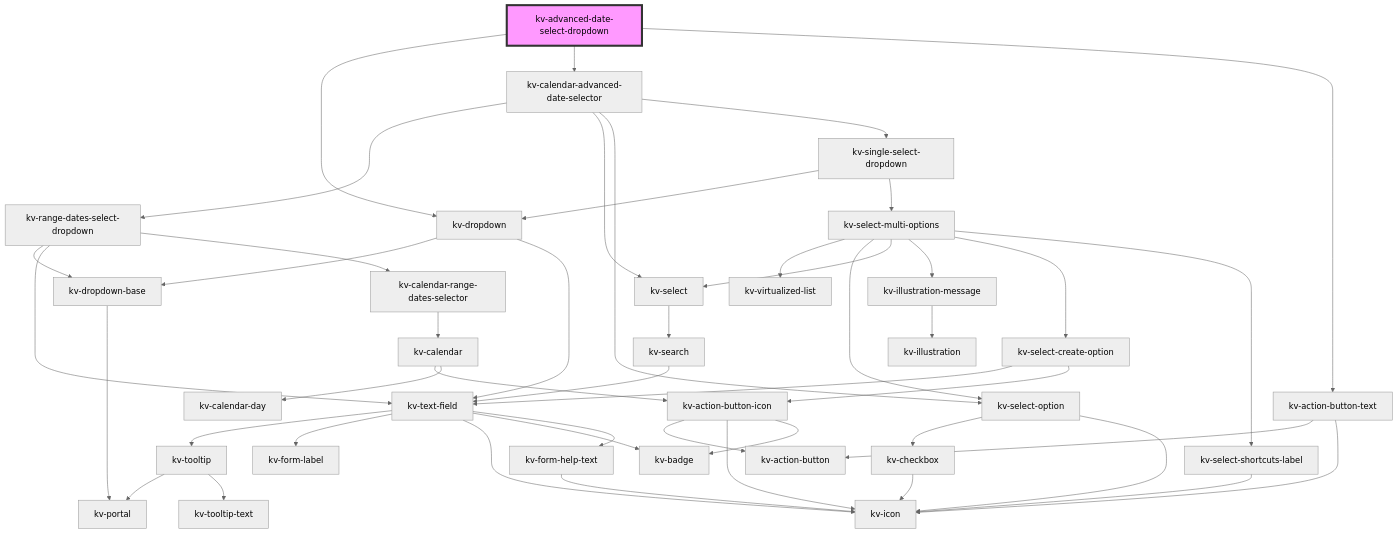
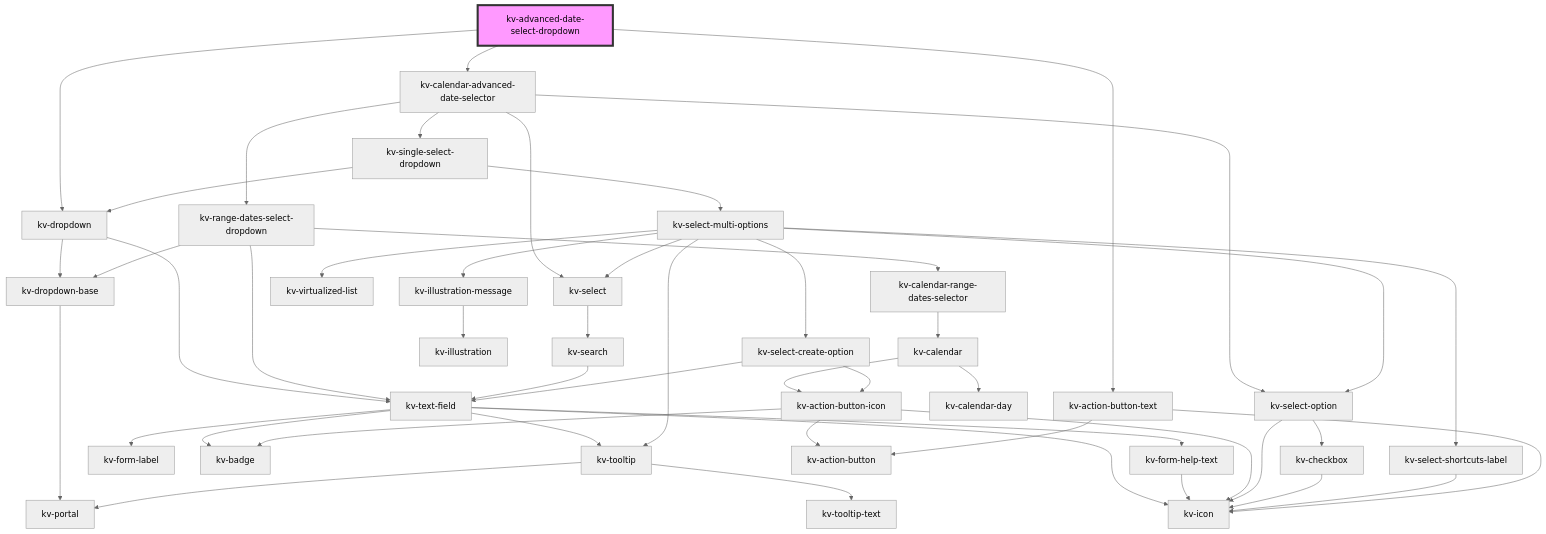
The diagram in packages/ui-components/src/components/advanced-date-select-dropdown/readme.md (kelvininc/ui-components), drawn with Mermaid (neutral theme) before and after one commit. The commit also changed 10 other files, not shown here.

````diff
--- a/packages/ui-components/src/components/advanced-date-select-dropdown/readme.md
+++ b/packages/ui-components/src/components/advanced-date-select-dropdown/readme.md
@@ -116,50 +116,51 @@
 ```mermaid
 graph TD;
   kv-advanced-date-select-dropdown --> kv-dropdown
   kv-advanced-date-select-dropdown --> kv-calendar-advanced-date-selector
   kv-advanced-date-select-dropdown --> kv-action-button-text
   kv-dropdown --> kv-dropdown-base
   kv-dropdown --> kv-text-field
   kv-dropdown-base --> kv-portal
   kv-text-field --> kv-tooltip
   kv-text-field --> kv-form-label
   kv-text-field --> kv-icon
   kv-text-field --> kv-badge
   kv-text-field --> kv-form-help-text
   kv-tooltip --> kv-portal
   kv-tooltip --> kv-tooltip-text
   kv-form-help-text --> kv-icon
   kv-calendar-advanced-date-selector --> kv-range-dates-select-dropdown
   kv-calendar-advanced-date-selector --> kv-select
   kv-calendar-advanced-date-selector --> kv-select-option
   kv-calendar-advanced-date-selector --> kv-single-select-dropdown
   kv-range-dates-select-dropdown --> kv-dropdown-base
   kv-range-dates-select-dropdown --> kv-text-field
   kv-range-dates-select-dropdown --> kv-calendar-range-dates-selector
   kv-calendar-range-dates-selector --> kv-calendar
   kv-calendar --> kv-action-button-icon
   kv-calendar --> kv-calendar-day
   kv-action-button-icon --> kv-action-button
   kv-action-button-icon --> kv-icon
   kv-action-button-icon --> kv-badge
   kv-select --> kv-search
   kv-search --> kv-text-field
   kv-select-option --> kv-checkbox
   kv-select-option --> kv-icon
   kv-checkbox --> kv-icon
   kv-single-select-dropdown --> kv-dropdown
   kv-single-select-dropdown --> kv-select-multi-options
   kv-select-multi-options --> kv-virtualized-list
   kv-select-multi-options --> kv-select-option
   kv-select-multi-options --> kv-select
+  kv-select-multi-options --> kv-tooltip
   kv-select-multi-options --> kv-illustration-message
   kv-select-multi-options --> kv-select-create-option
   kv-select-multi-options --> kv-select-shortcuts-label
   kv-illustration-message --> kv-illustration
   kv-select-create-option --> kv-text-field
   kv-select-create-option --> kv-action-button-icon
   kv-select-shortcuts-label --> kv-icon
   kv-action-button-text --> kv-action-button
   kv-action-button-text --> kv-icon
   style kv-advanced-date-select-dropdown fill:#f9f,stroke:#333,stroke-width:4px
 ```
````
